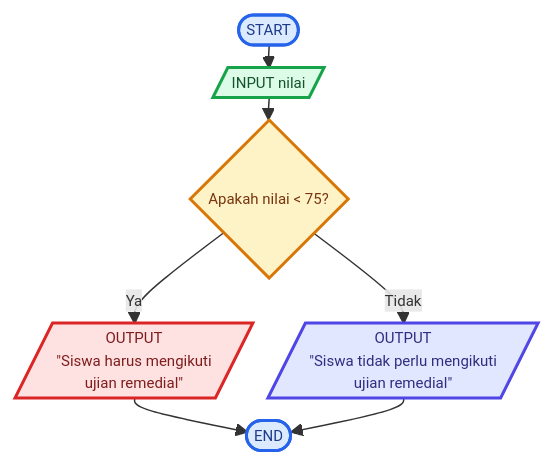
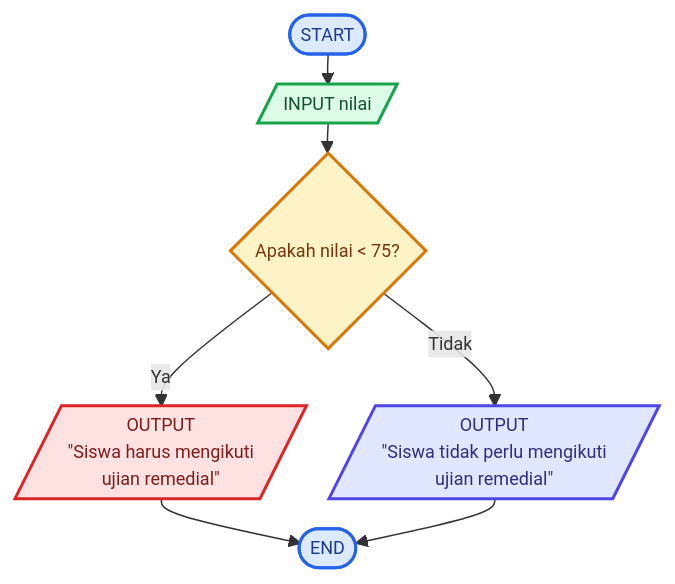
The diagram in README.md (FikriYustiawann/KELAS-3-E-ALGORITMA-PEMOGRAMAN), drawn with Mermaid before and after one commit.

````diff
--- a/README.md
+++ b/README.md
@@ -25,29 +25,29 @@
 ```mermaid
 %%{init: {
   "themeVariables": {
-    "fontSize": "10px"
+    "fontSize": "12px"
   },
   "flowchart": {
-    "nodeSpacing": 10,
-    "rankSpacing": 15,
-    "padding": 5
+    "nodeSpacing": 15,
+    "rankSpacing": 20,
+    "padding": 8
   }
 }}%%
 
 flowchart TD
     A([START]) --> B[/INPUT nilai/]
     B --> C{Apakah nilai < 75?}
 
     C -->|Ya| D[/OUTPUT<br/>"Siswa harus mengikuti<br/>ujian remedial"/]
     C -->|Tidak| E[/OUTPUT<br/>"Siswa tidak perlu mengikuti<br/>ujian remedial"/]
 
     D --> F([END])
     E --> F
 
     style A fill:#dbeafe,stroke:#2563eb,stroke-width:2px,color:#1e3a8a
     style B fill:#dcfce7,stroke:#16a34a,stroke-width:2px,color:#14532d
     style C fill:#fef3c7,stroke:#d97706,stroke-width:2px,color:#78350f
     style D fill:#fee2e2,stroke:#dc2626,stroke-width:2px,color:#7f1d1d
     style E fill:#e0e7ff,stroke:#4f46e5,stroke-width:2px,color:#312e81
     style F fill:#dbeafe,stroke:#2563eb,stroke-width:2px,color:#1e3a8a
 ```
````
